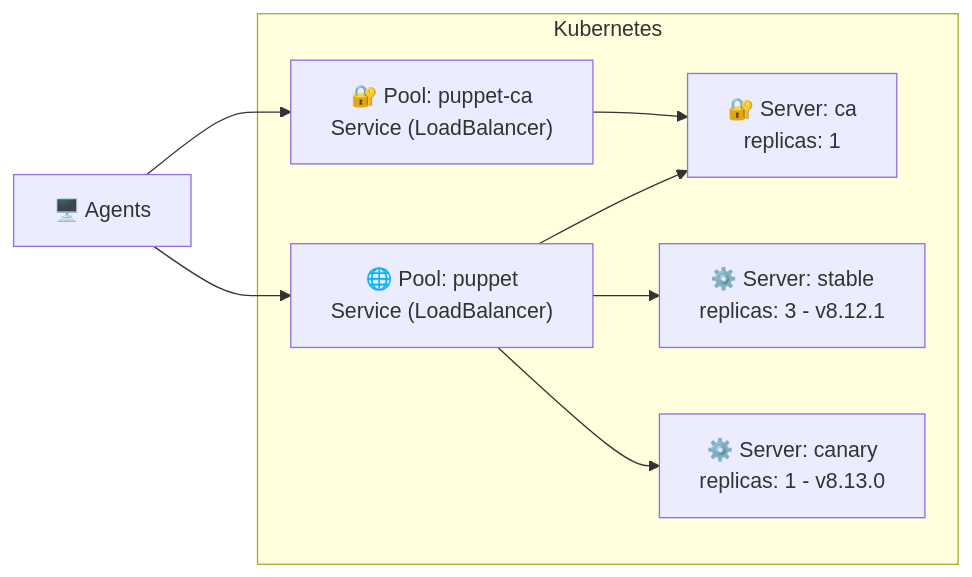
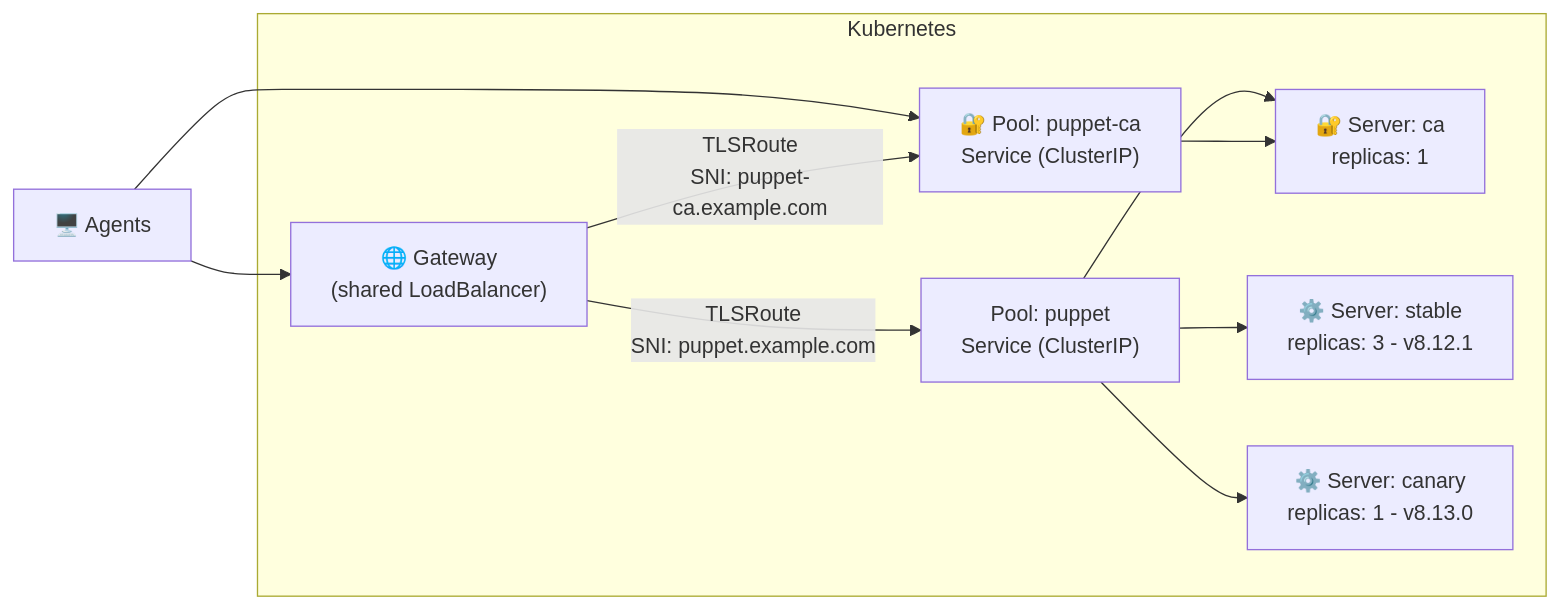
One commit to slauger/openvox-operator changed the second of 2 diagrams in README.md. Above: the diagram before and after it, drawn with Mermaid. The commit also changed other lines of this file and 1 other file, not shown here.

First line of the commit message:
docs: update README and index with OCI storage and Gateway API

````diff
--- a/README.md
+++ b/README.md
@@ -53,16 +57,19 @@
 ```mermaid
 graph LR
-    Agent["🖥️ Agents"] --> LB
+    Agent["🖥️ Agents"] --> GW
     Agent --> CA_SVC
 
     subgraph Kubernetes
-        LB["🌐 Pool: puppet<br/>Service (LoadBalancer)"]
-        CA_SVC["🔐 Pool: puppet-ca<br/>Service (LoadBalancer)"]
+        GW["🌐 Gateway<br/>(shared LoadBalancer)"]
+        CA_SVC["🔐 Pool: puppet-ca<br/>Service (ClusterIP)"]
+
+        GW -->|"TLSRoute<br/>SNI: puppet.example.com"| LB["Pool: puppet<br/>Service (ClusterIP)"]
+        GW -->|"TLSRoute<br/>SNI: puppet-ca.example.com"| CA_SVC
 
         LB --> CA["🔐 Server: ca<br/>replicas: 1"]
         LB --> Stable["⚙️ Server: stable<br/>replicas: 3 - v8.12.1"]
         LB --> Canary["⚙️ Server: canary<br/>replicas: 1 - v8.13.0"]
 
         CA_SVC --> CA
     end
 ```
````
